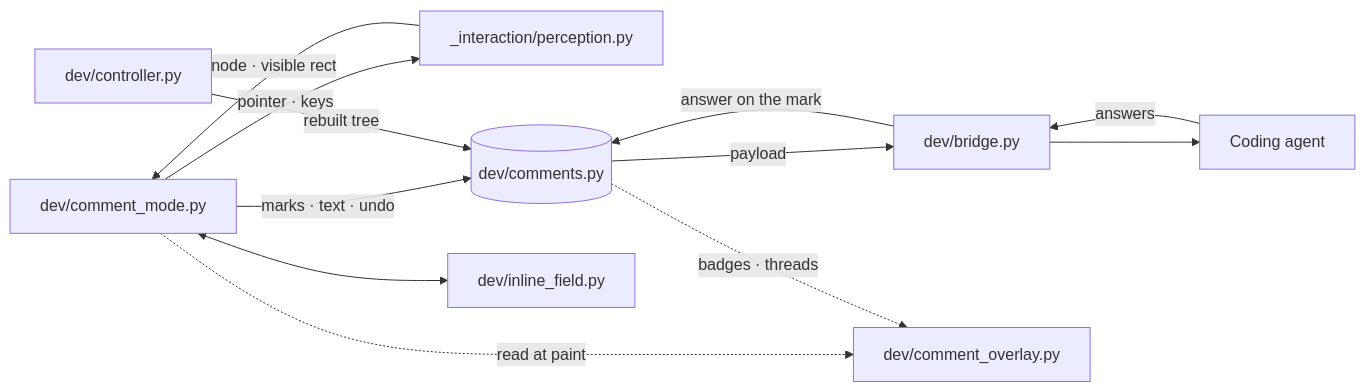
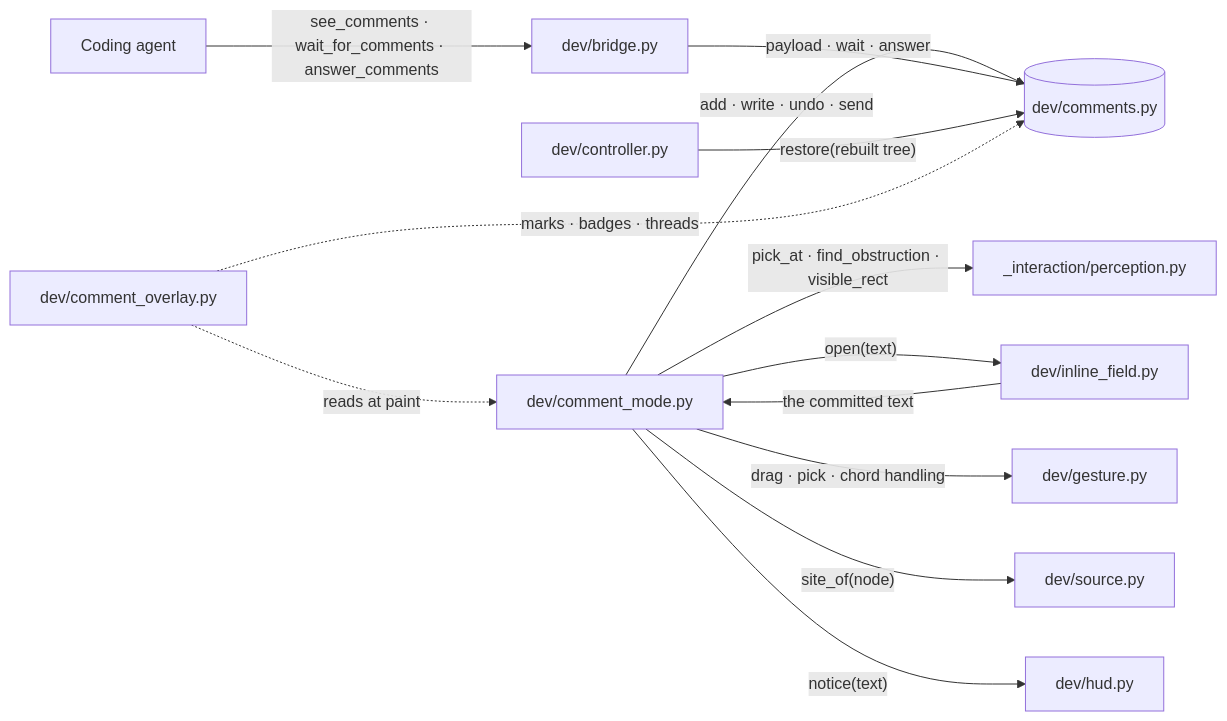
One commit to yuksblog/nuiitivet changed the third of 6 diagrams in docs/design/DEV_MODES.md. Above: the diagram before and after it, drawn with Mermaid. The commit also changed other lines of this file and 35 other files, not shown here.

````diff
--- a/docs/design/DEV_MODES.md
+++ b/docs/design/DEV_MODES.md
@@ -112,20 +121,27 @@
 ```mermaid
 flowchart LR
     mode[dev/comment_mode.py]
     picker[_interaction/perception.py]
     buffer[(dev/comments.py)]
     bridge[dev/bridge.py]
     agent[Coding agent]
     controller[dev/controller.py]
     overlay[dev/comment_overlay.py]
     field[dev/inline_field.py]
+    gesture[dev/gesture.py]
+    sites[dev/source.py]
+    hud[dev/hud.py]
 
-    mode -- "pointer · keys" --> picker -- "node · visible rect" --> mode
-    mode -- "marks · text · undo" --> buffer
-    buffer -- payload --> bridge --> agent
-    agent -- answers --> bridge -- "answer on the mark" --> buffer
-    controller -- "rebuilt tree" --> buffer
-    mode <--> field
-    mode -. "read at paint" .-> overlay
-    buffer -. "badges · threads" .-> overlay
+    mode -- "pick_at · find_obstruction · visible_rect" --> picker
+    mode -- "add · write · undo · send" --> buffer
+    bridge -- "payload · wait · answer" --> buffer
+    agent -- "see_comments · wait_for_comments · answer_comments" --> bridge
+    controller -- "restore(rebuilt tree)" --> buffer
+    mode -- "open(text)" --> field
+    field -- "the committed text" --> mode
+    mode -- "drag · pick · chord handling" --> gesture
+    mode -- "site_of(node)" --> sites
+    mode -- "notice(text)" --> hud
+    overlay -. "reads at paint" .-> mode
+    overlay -. "marks · badges · threads" .-> buffer
 ```
````
